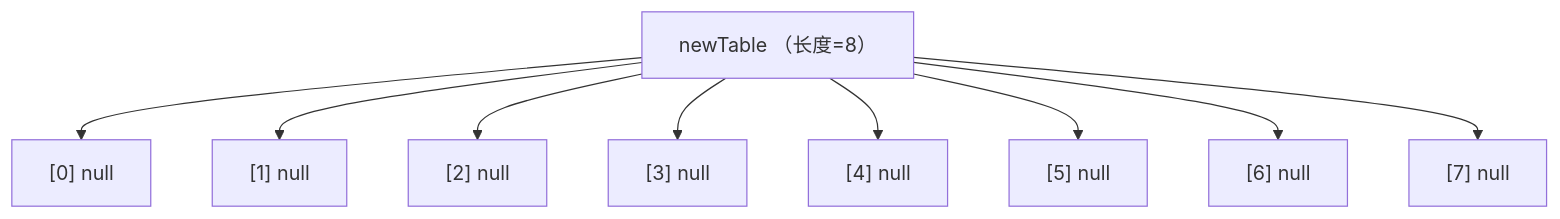
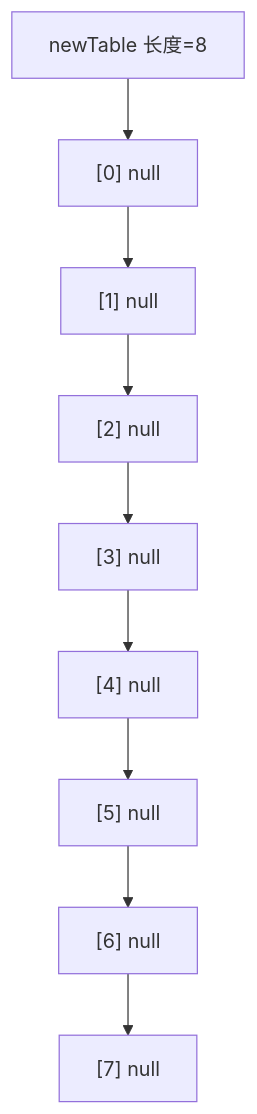
Before and after one commit to rebibabo/rebibabo.github.io: diagram 18 of 26 in source/_posts/concurrency/22-ConcurrentHashMap 为什么能支持高并发访问.md, drawn with Mermaid. The commit also changed other lines of this file and 3 other files, not shown here.

````diff
--- a/source/_posts/concurrency/22-ConcurrentHashMap 为什么能支持高并发访问.md
+++ b/source/_posts/concurrency/22-ConcurrentHashMap 为什么能支持高并发访问.md
@@ -278,12 +278,12 @@
 ```mermaid
 graph TD
-    newTable["newTable （长度=8）"]
+    newTable["newTable 长度=8"]
     newTable --> n0["[0] null"]
-    newTable --> n1["[1] null"]
-    newTable --> n2["[2] null"]
-    newTable --> n3["[3] null"]
-    newTable --> n4["[4] null"]
-    newTable --> n5["[5] null"]
-    newTable --> n6["[6] null"]
-    newTable --> n7["[7] null"]
+    n0 --> n1["[1] null"]
+    n1 --> n2["[2] null"]
+    n2 --> n3["[3] null"]
+    n3 --> n4["[4] null"]
+    n4 --> n5["[5] null"]
+    n5 --> n6["[6] null"]
+    n6 --> n7["[7] null"]
 ```
````
